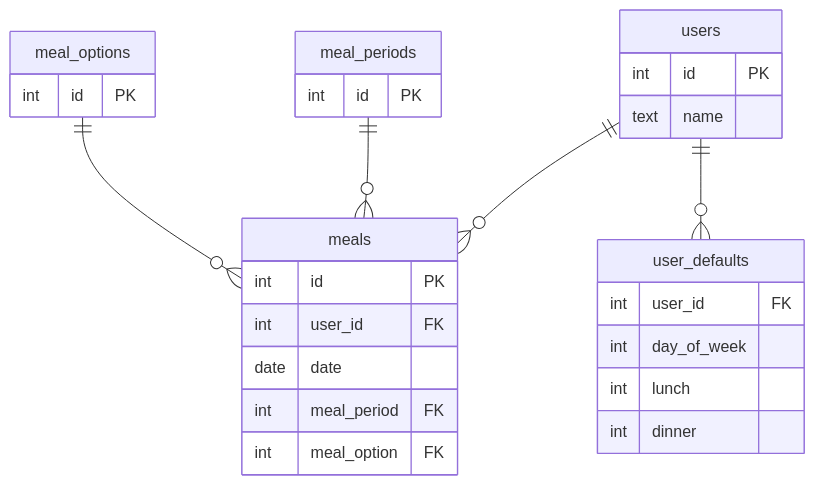
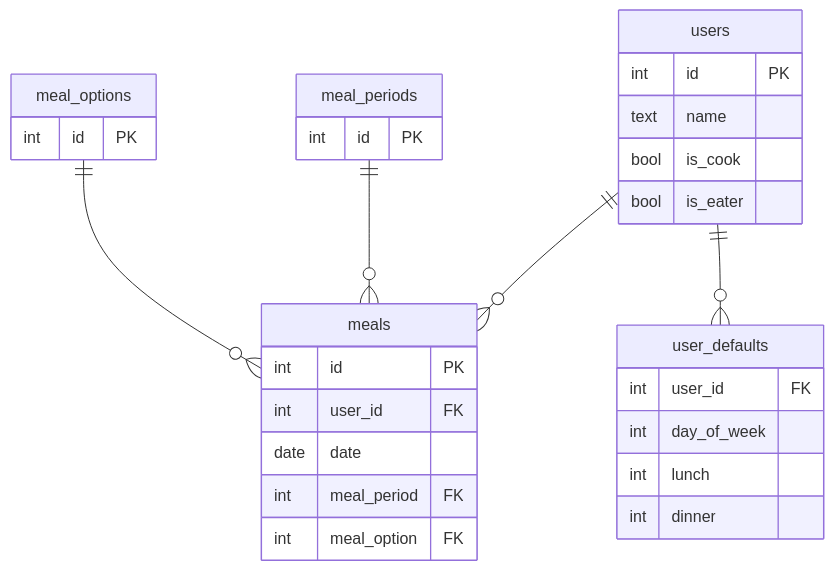
The diagram in docs/database.md (wurly200a/go-han), drawn with Mermaid before and after one commit. The commit also changed other lines of this file and 6 other files, not shown here.

First line of the commit message:
feat: add is_cook / is_eater role attributes to users (#7)

````diff
--- a/docs/database.md
+++ b/docs/database.md
@@ -5,31 +5,33 @@
 ```mermaid
 erDiagram
     users {
         int id PK
         text name
+        bool is_cook
+        bool is_eater
     }
     meals {
         int id PK
         int user_id FK
         date date
         int meal_period FK
         int meal_option FK
     }
     meal_periods {
         int id PK
     }
     meal_options {
         int id PK
     }
     user_defaults {
         int user_id FK
         int day_of_week
         int lunch
         int dinner
     }
 
     users ||--o{ meals : ""
     users ||--o{ user_defaults : ""
     meal_periods ||--o{ meals : ""
     meal_options ||--o{ meals : ""
 ```
````
